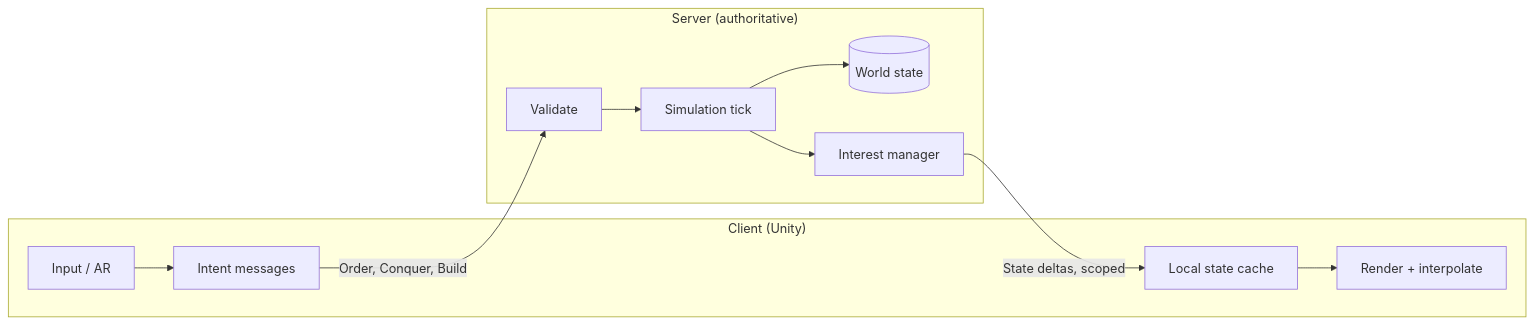
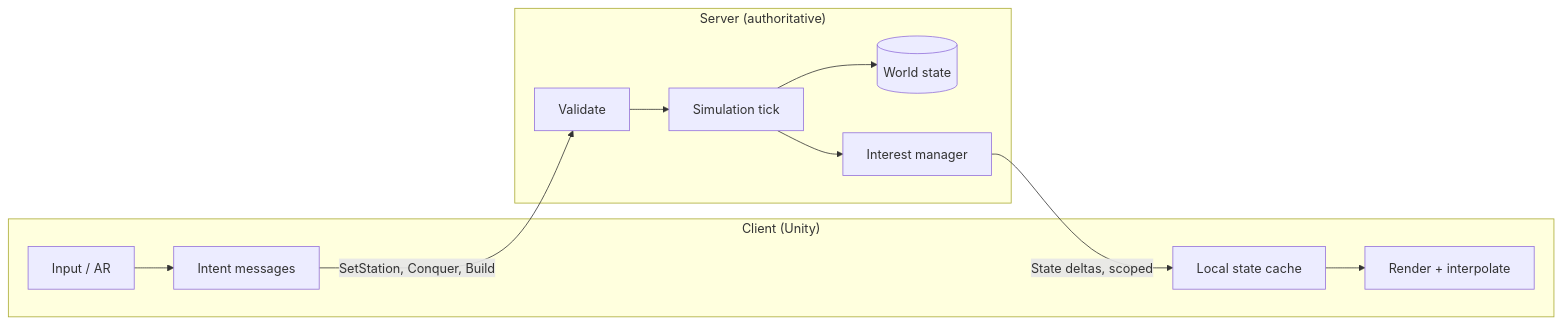
Diagram 11 of 14 in docs/GAME_DESIGN.md (jhofer/ar-map-game), drawn with Mermaid before and after one commit. The commit also changed other lines of this file, not shown here.

First line of the commit message:
Replace unit orders with station and leash model

````diff
--- a/docs/GAME_DESIGN.md
+++ b/docs/GAME_DESIGN.md
@@ -493,14 +546,14 @@
 ```mermaid
 flowchart LR
     subgraph Client["Client (Unity)"]
         I[Input / AR] --> IN[Intent messages]
         ST[Local state cache] --> R[Render + interpolate]
     end
     subgraph Server["Server (authoritative)"]
         V[Validate] --> SIM[Simulation tick]
         SIM --> DB[(World state)]
         SIM --> IM[Interest manager]
     end
-    IN -->|Order, Conquer, Build| V
+    IN -->|SetStation, Conquer, Build| V
     IM -->|State deltas, scoped| ST
 ```
````
